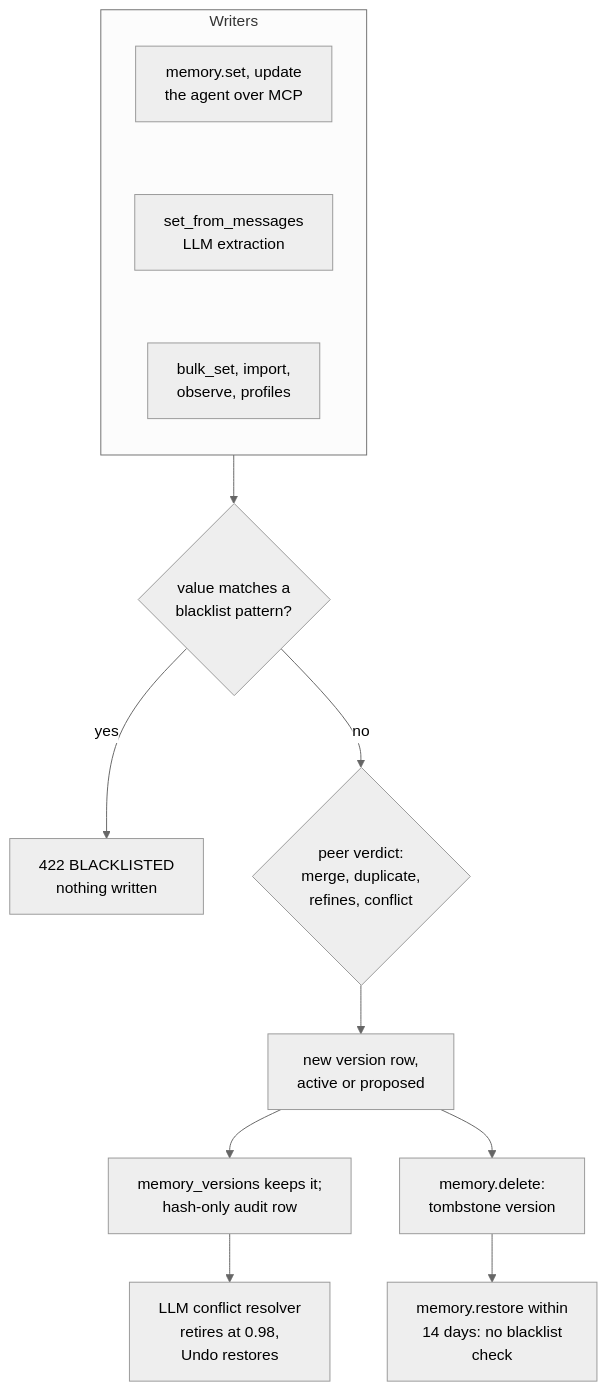
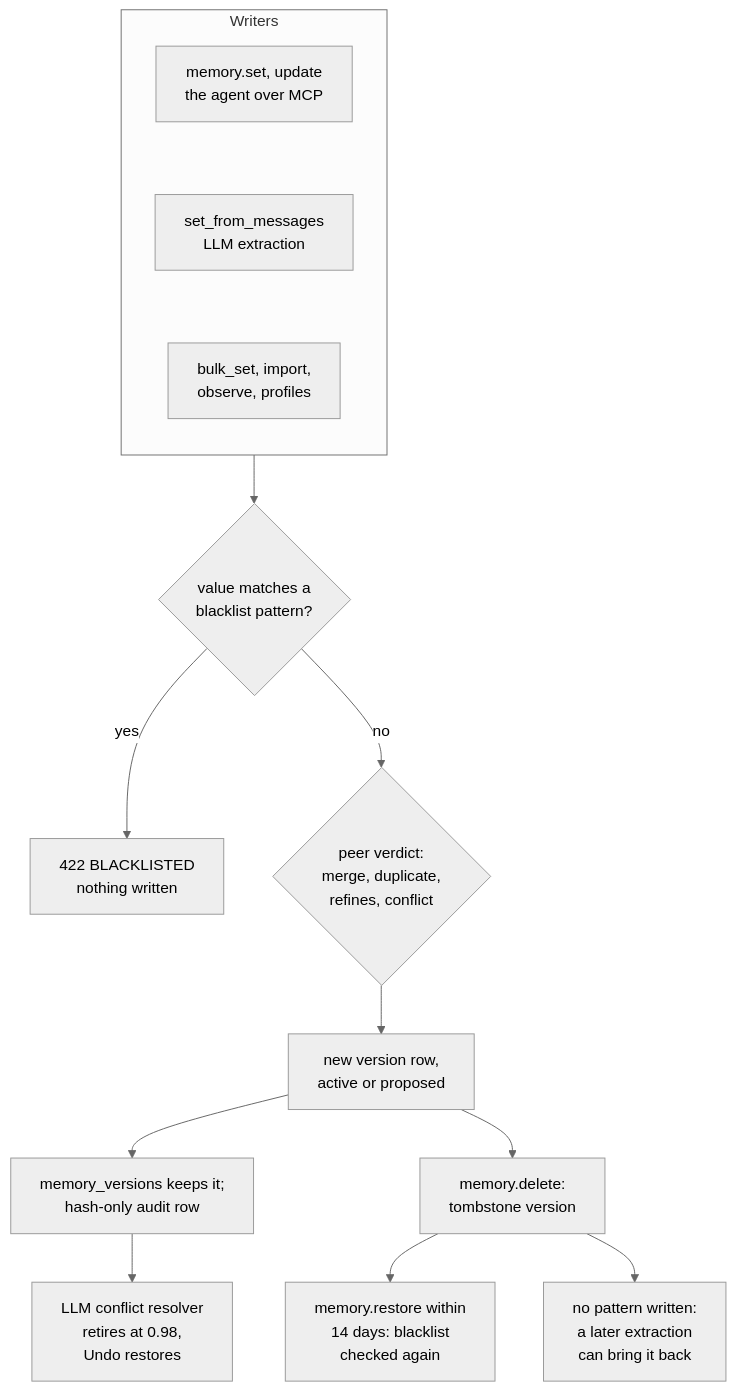
The diagram in content/systems/clickhouse-loom.md (neoneye/agent-memory-atlas), drawn with Mermaid (neutral theme) before and after one commit. The commit also changed other lines of this file and 14 other files, not shown here.

````diff
--- a/content/systems/clickhouse-loom.md
+++ b/content/systems/clickhouse-loom.md
@@ -91,19 +92,20 @@
 ```mermaid
-%% caption: a write is checked against the blacklist and its peers before the insert, every version is kept, and the restore paths write back what the blacklist refused
+%% caption: a write is checked against the blacklist and its peers before the insert, every version is kept, a restore is checked again, and a delete leaves no pattern behind
 flowchart TD
   subgraph writers["Writers"]
     direction TB
     SET["memory.set, update<br/>the agent over MCP"]
     EXT["set_from_messages<br/>LLM extraction"]
     IMP["bulk_set, import,<br/>observe, profiles"]
     SET ~~~ EXT ~~~ IMP
   end
   writers --> BL{"value matches a<br/>blacklist pattern?"}
   BL -->|"yes"| REF["422 BLACKLISTED<br/>nothing written"]
   BL -->|"no"| PEER{"peer verdict:<br/>merge, duplicate,<br/>refines, conflict"}
   PEER --> ROW["new version row,<br/>active or proposed"]
   ROW --> VER["memory_versions keeps it;<br/>hash-only audit row"]
   VER --> RES["LLM conflict resolver<br/>retires at 0.98,<br/>Undo restores"]
   ROW --> DEL["memory.delete:<br/>tombstone version"]
-  DEL --> RST["memory.restore within<br/>14 days: no blacklist<br/>check"]
+  DEL --> RST["memory.restore within<br/>14 days: blacklist<br/>checked again"]
+  DEL --> NOP["no pattern written:<br/>a later extraction<br/>can bring it back"]
 ```
````
